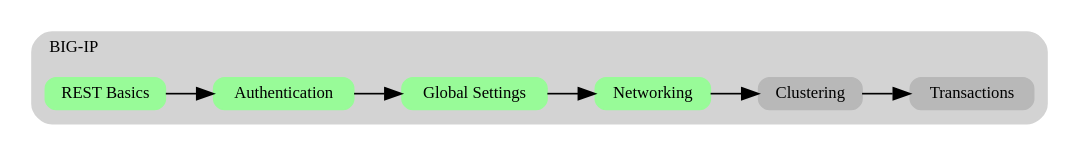
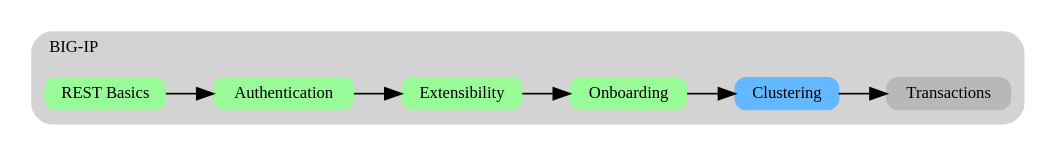
Before and after one commit to f5devcentral/f5-automation-labs: the diagram in docs/class1/module1/lab5.rst, drawn with Graphviz. The commit also changed other lines of this file and 36 other files, not shown here.

```diff
--- a/docs/class1/module1/lab5.rst
+++ b/docs/class1/module1/lab5.rst
@@ -4,22 +4,22 @@
 .. graphviz::
 
    digraph breadcrumb {
       rankdir="LR"
       ranksep=.4
       node [fontsize=10,style="rounded,filled",shape=box,color=gray72,margin="0.05,0.05",height=0.1]
       fontsize = 10
       labeljust="l"
       subgraph cluster_provider {
          style = "rounded,filled"
          color = lightgrey
          height = .75
          label = "BIG-IP"
          basics [label="REST Basics",color="palegreen"]
          authentication [label="Authentication",color="palegreen"]
-         globalsettings [label="Global Settings",color="palegreen"]
-         networking [label="Networking",color="palegreen"]
-         clustering [label="Clustering"]
+         extensibility [label="Extensibility",color="palegreen"]
+         onboarding [label="Onboarding",color="palegreen"]
+         clustering [label="Clustering",color="steelblue1"]
          transactions [label="Transactions"]
-         basics -> authentication -> globalsettings -> networking -> clustering -> transactions
+         basics -> authentication -> extensibility -> onboarding -> clustering -> transactions
       }
    }
```
